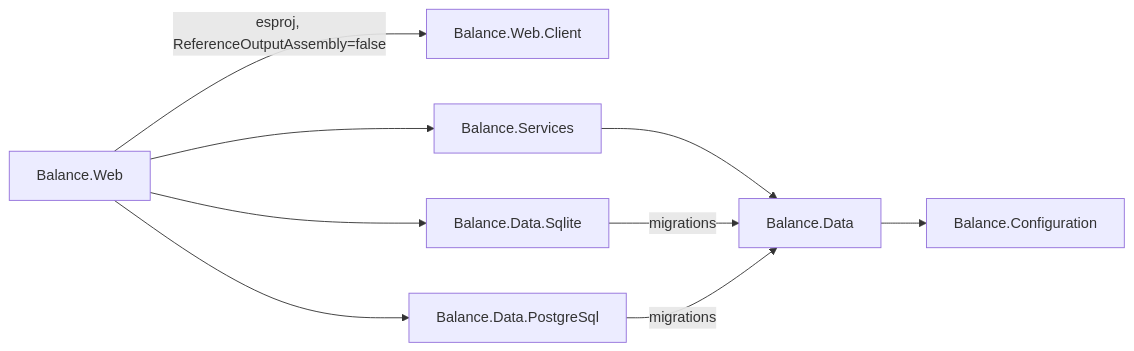
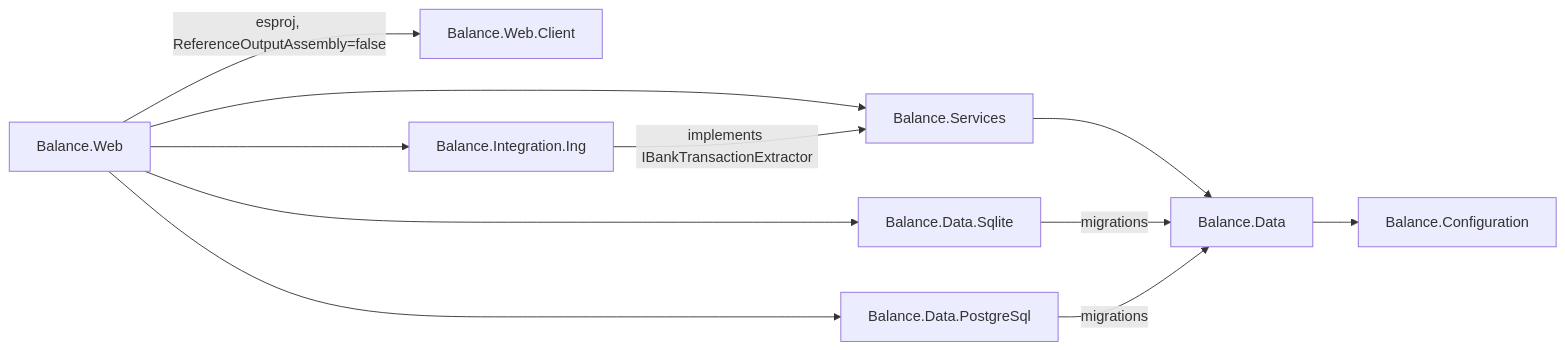
One commit to balance-budget/balance-budget changed the diagram in CLAUDE.md. Above: the diagram before and after it, drawn with Mermaid. The commit also changed other lines of this file and 30 other files, not shown here.

````diff
--- a/CLAUDE.md
+++ b/CLAUDE.md
@@ -62,20 +62,24 @@
 ```mermaid
 graph LR
     Web[Balance.Web]
     Client[Balance.Web.Client]
     Services[Balance.Services]
     Data[Balance.Data]
     Configuration[Balance.Configuration]
     Sqlite[Balance.Data.Sqlite]
     Postgres[Balance.Data.PostgreSql]
+    IntegrationIng[Balance.Integration.Ing]
 
     Web -->|esproj, ReferenceOutputAssembly=false| Client
     Web --> Services
     Services --> Data
     Data --> Configuration
 
     Web --> Sqlite
     Web --> Postgres
     Sqlite -->|migrations| Data
     Postgres -->|migrations| Data
+
+    Web --> IntegrationIng
+    IntegrationIng -->|implements IBankTransactionExtractor| Services
 ```
````
